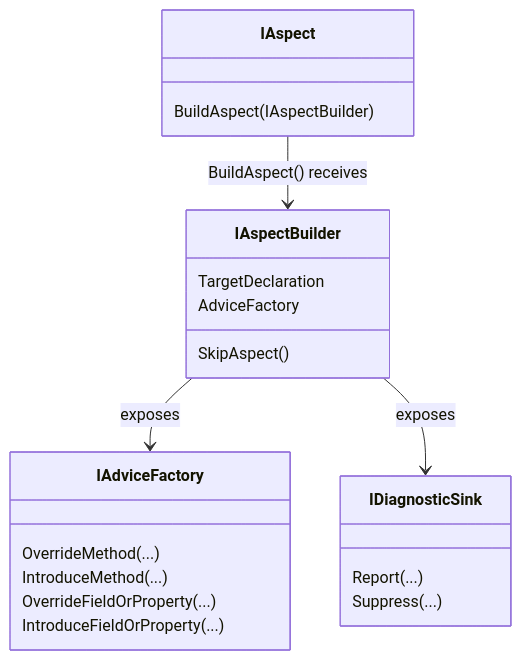
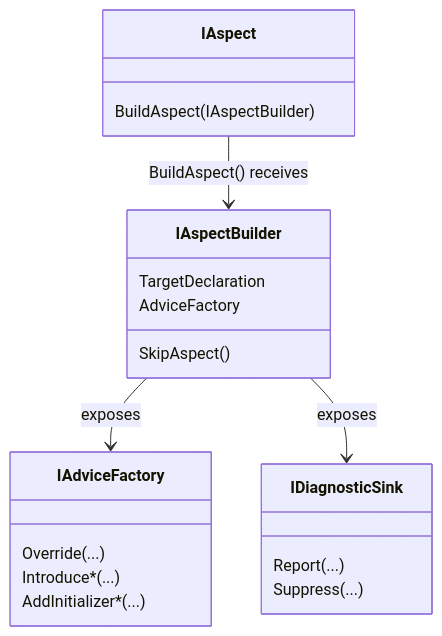
One commit to postsharp/Metalama.Documentation changed the first of 4 diagrams in docfx/namespaces/Metalama.Framework.Aspects.md. Above: the diagram before and after it, drawn with Mermaid. The commit also changed 37 other files, not shown here.

````diff
--- a/docfx/namespaces/Metalama.Framework.Aspects.md
+++ b/docfx/namespaces/Metalama.Framework.Aspects.md
@@ -36,30 +36,29 @@
 ```mermaid
 classDiagram
     
     class IAspect {
         BuildAspect(IAspectBuilder)
     }
 
     class IAspectBuilder {
         SkipAspect()
         TargetDeclaration
         AdviceFactory
     }
 
     class IAdviceFactory {
-        OverrideMethod(...)
-        IntroduceMethod(...)
-        OverrideFieldOrProperty(...)
-        IntroduceFieldOrProperty(...)
+        Override(...)
+        Introduce*(...)
+        AddInitializer*(...)
     }
 
     class IDiagnosticSink {
         Report(...)
         Suppress(...)
     }
 
     IAspect --> IAspectBuilder : BuildAspect() receives
     IAspectBuilder --> IAdviceFactory : exposes
     IAspectBuilder --> IDiagnosticSink : exposes
 
 ```
````
